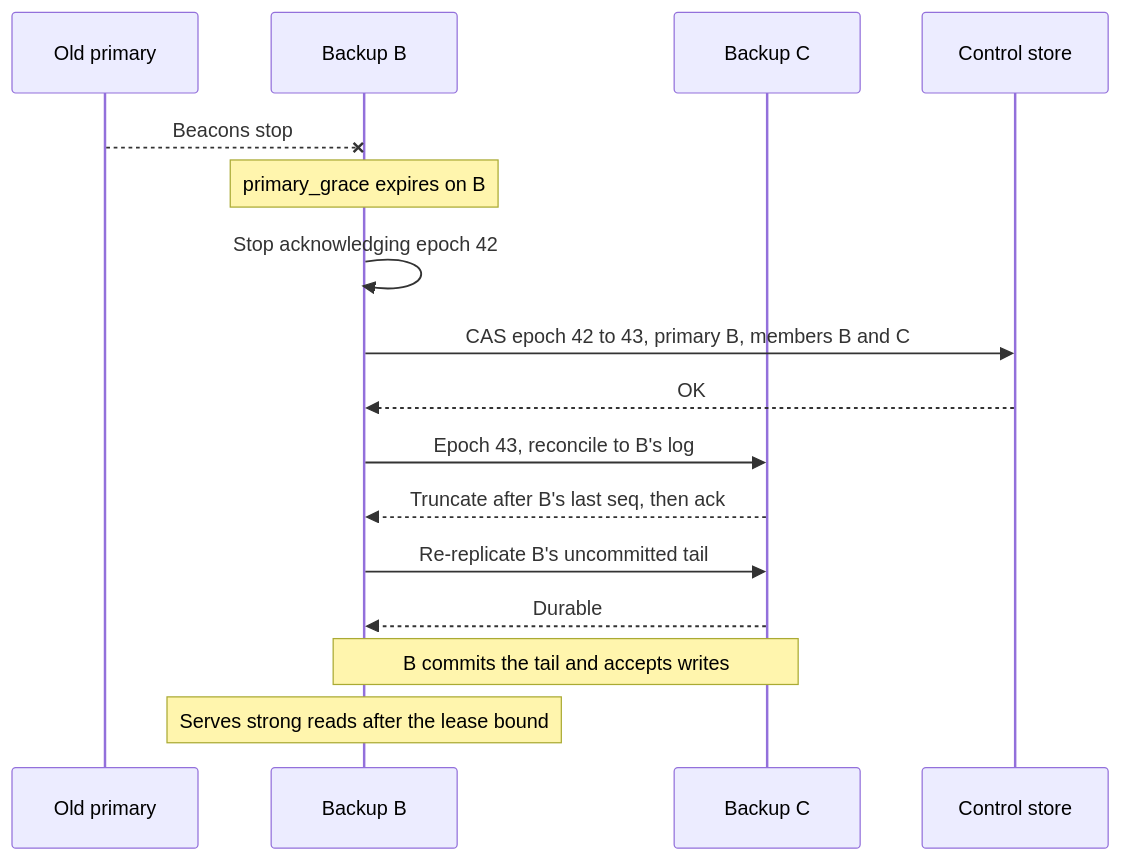
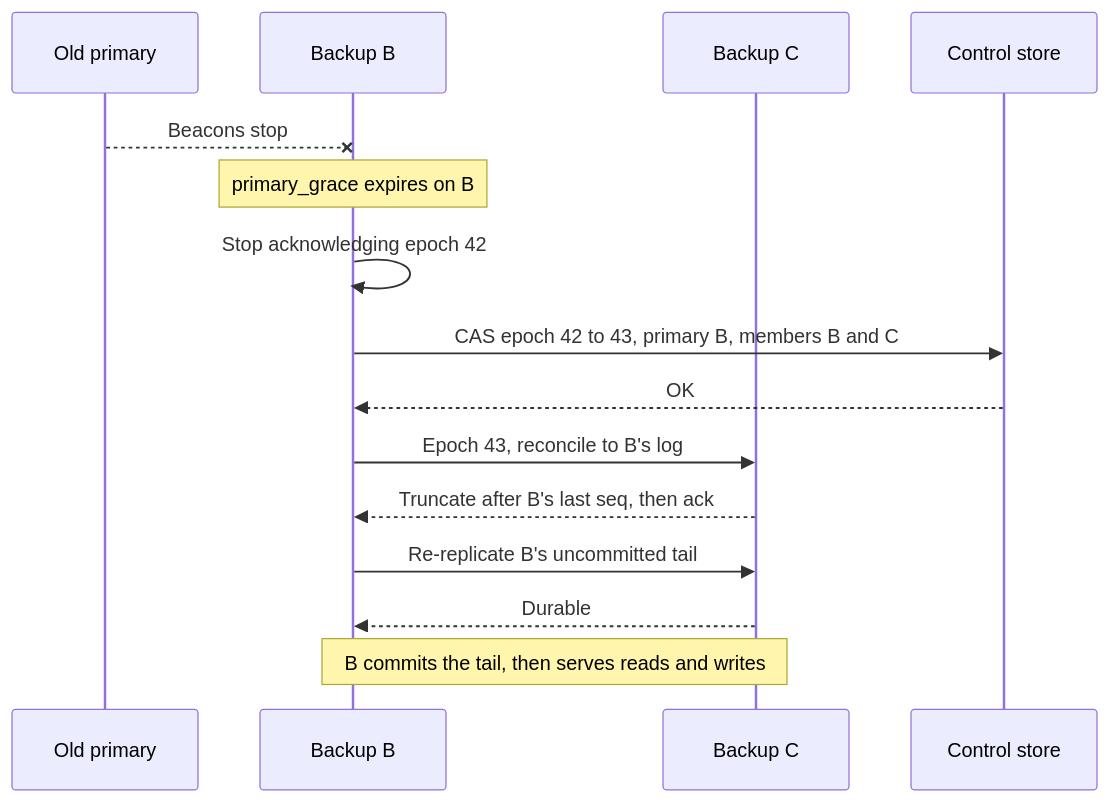
Before and after one commit to skys3/skys3: the fifth of 7 diagrams in docs/skys3-design.md, drawn with Mermaid. The commit also changed other lines of this file and 1 other file, not shown here.

````diff
--- a/docs/skys3-design.md
+++ b/docs/skys3-design.md
@@ -347,18 +419,17 @@
 ```mermaid
 sequenceDiagram
     participant A as Old primary
     participant B as Backup B
     participant C as Backup C
     participant CS as Control store
     A--xB: Beacons stop
     Note over B: primary_grace expires on B
     B->>B: Stop acknowledging epoch 42
     B->>CS: CAS epoch 42 to 43, primary B, members B and C
     CS-->>B: OK
     B->>C: Epoch 43, reconcile to B's log
     C-->>B: Truncate after B's last seq, then ack
     B->>C: Re-replicate B's uncommitted tail
     C-->>B: Durable
-    Note over B,C: B commits the tail and accepts writes
-    Note over B: Serves strong reads after the lease bound
+    Note over B,C: B commits the tail, then serves reads and writes
 ```
````
